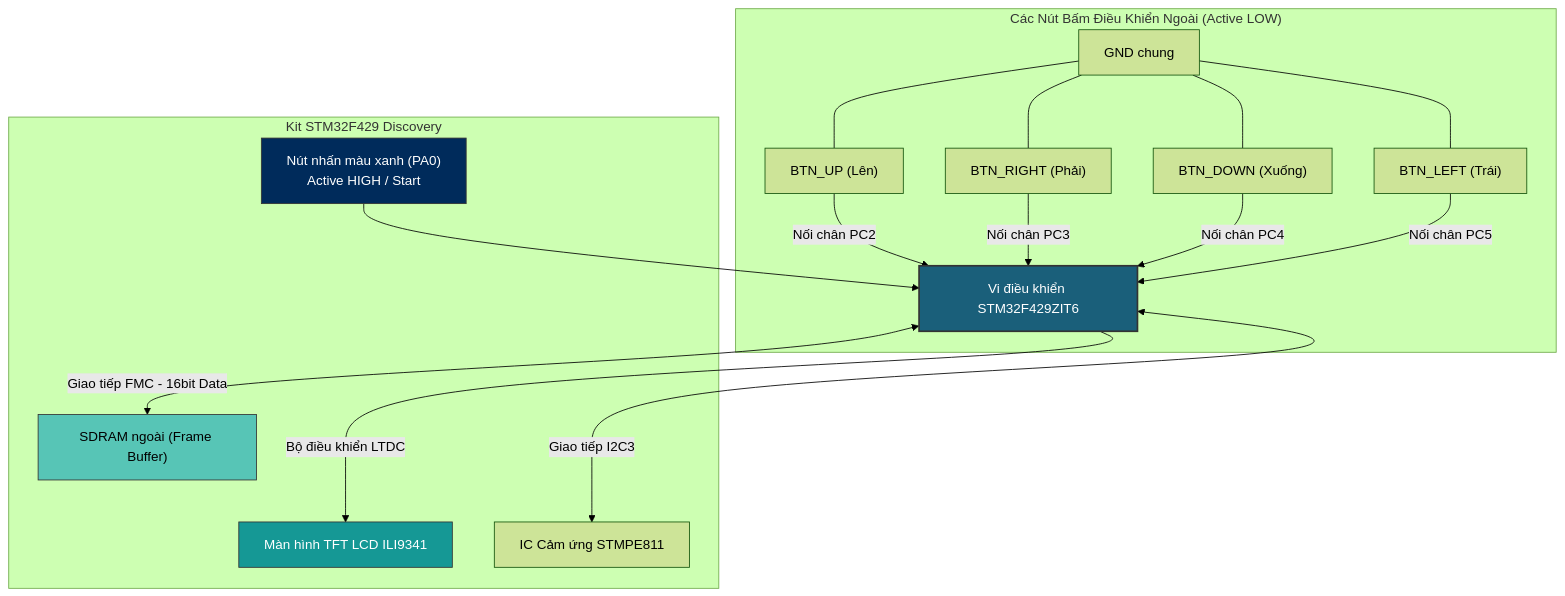
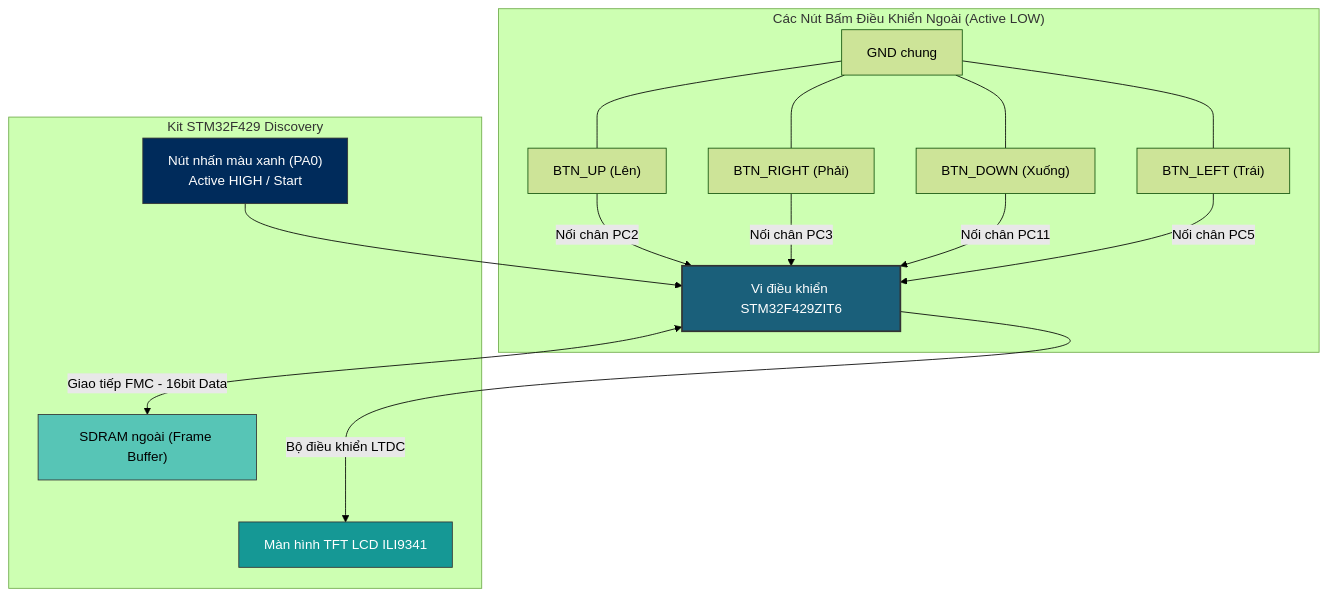
The first of 2 diagrams in Report.md (Tin61205/Embedded_Final_Prj_20252), drawn with Mermaid (forest theme) before and after one commit. The commit also changed other lines of this file and 108 other files, not shown here.

````diff
--- a/Report.md
+++ b/Report.md
@@ -96,27 +96,26 @@
 ```mermaid
 graph TD
     subgraph "Các Nút Bấm Điều Khiển Ngoài (Active LOW)"
         BTN_UP["BTN_UP (Lên)"] -->|Nối chân PC2| STM32
         BTN_RIGHT["BTN_RIGHT (Phải)"] -->|Nối chân PC3| STM32
-        BTN_DOWN["BTN_DOWN (Xuống)"] -->|Nối chân PC4| STM32
+        BTN_DOWN["BTN_DOWN (Xuống)"] -->|Nối chân PC11| STM32
         BTN_LEFT["BTN_LEFT (Trái)"] -->|Nối chân PC5| STM32
         GND_BTN["GND chung"] --- BTN_UP
         GND_BTN --- BTN_RIGHT
         GND_BTN --- BTN_DOWN
         GND_BTN --- BTN_LEFT
     end
 
     subgraph "Kit STM32F429 Discovery"
         STM32["Vi điều khiển STM32F429ZIT6"]
         BTN_USER["Nút nhấn màu xanh (PA0) <br> Active HIGH / Start"] --> STM32
         
         STM32 <-->|Giao tiếp FMC - 16bit Data| SDRAM["SDRAM ngoài (Frame Buffer)"]
         STM32 --->|Bộ điều khiển LTDC| LCD["Màn hình TFT LCD ILI9341"]
-        STM32 <--->|Giao tiếp I2C3| Touch["IC Cảm ứng STMPE811"]
     end
     
     style STM32 fill:#1a5f7a,stroke:#333,stroke-width:2px,color:#fff
     style SDRAM fill:#57c5b6,stroke:#333,color:#000
     style LCD fill:#159895,stroke:#333,color:#fff
     style BTN_USER fill:#002b5b,stroke:#333,color:#fff
 ```
````
